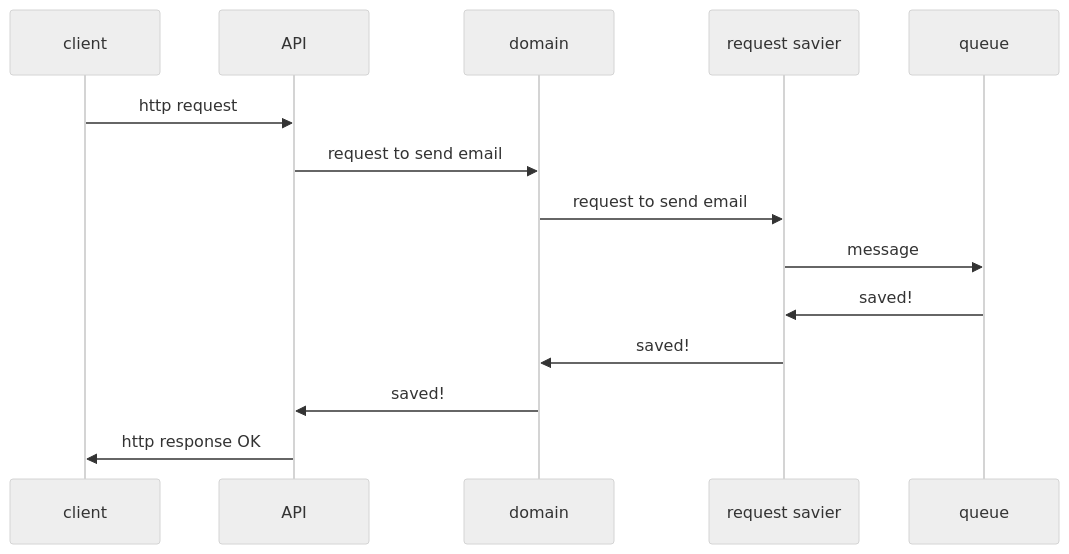
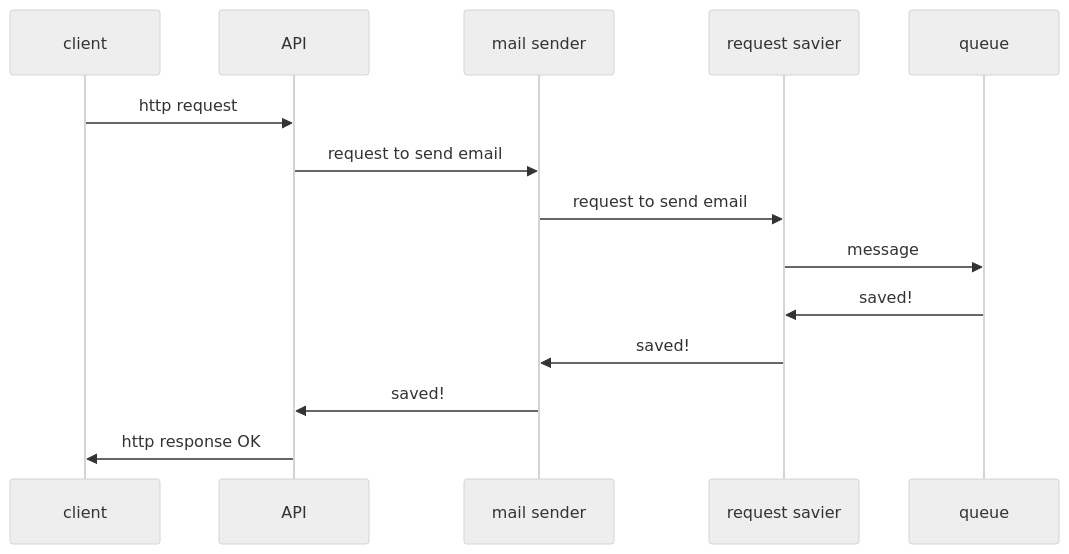
One commit to LakeevSergey/mailer changed the first of 3 diagrams in docs/realization.md. Above: the diagram before and after it, drawn with Mermaid (neutral theme). The commit also changed other lines of this file, not shown here.

````diff
--- a/docs/realization.md
+++ b/docs/realization.md
@@ -21,16 +21,16 @@
 ```mermaid
 sequenceDiagram
     participant client
     participant API
-    participant domain
+    participant mail sender
     participant request savier
     participant queue
     client->>API: http request
-    API->>domain: request to send email
-    domain->>request savier: request to send email
+    API->>mail sender: request to send email
+    mail sender->>request savier: request to send email
     request savier->>queue: message
     queue->>request savier: saved!
-    request savier->>domain: saved!
-    domain->>API: saved!
+    request savier->>mail sender: saved!
+    mail sender->>API: saved!
     API->>client: http response OK
 ```
````
